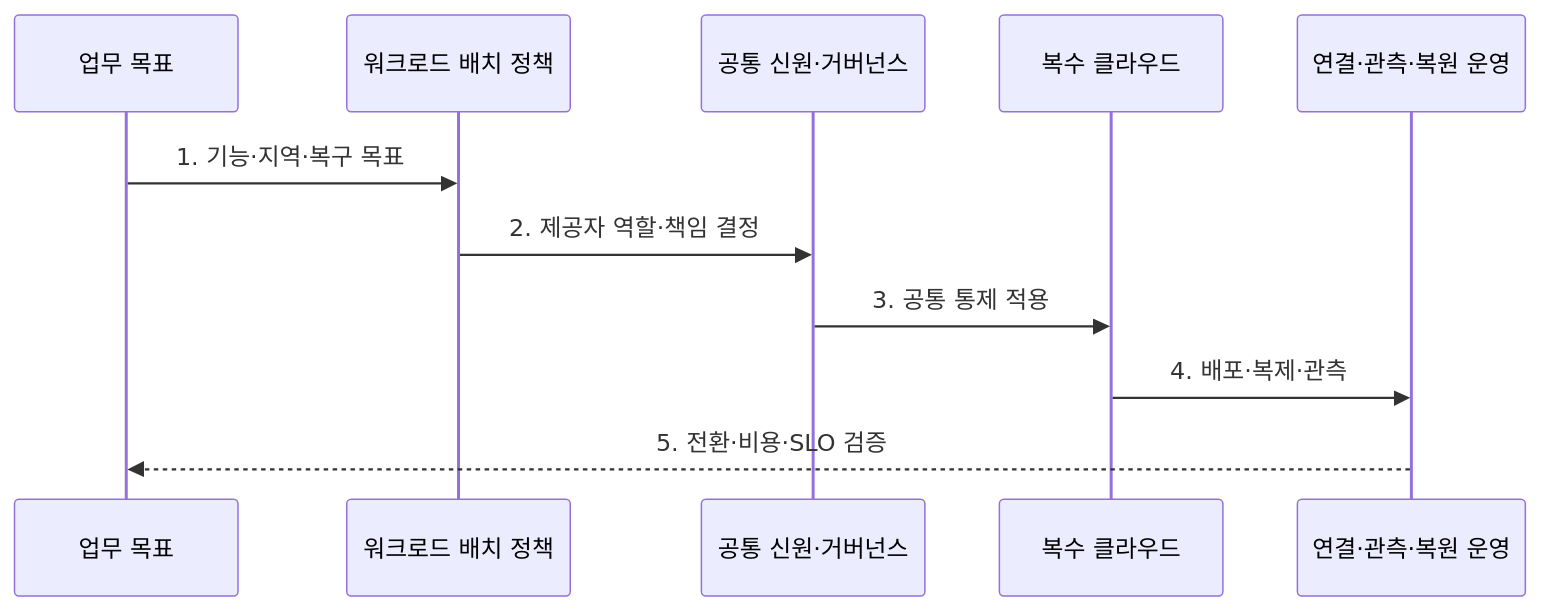
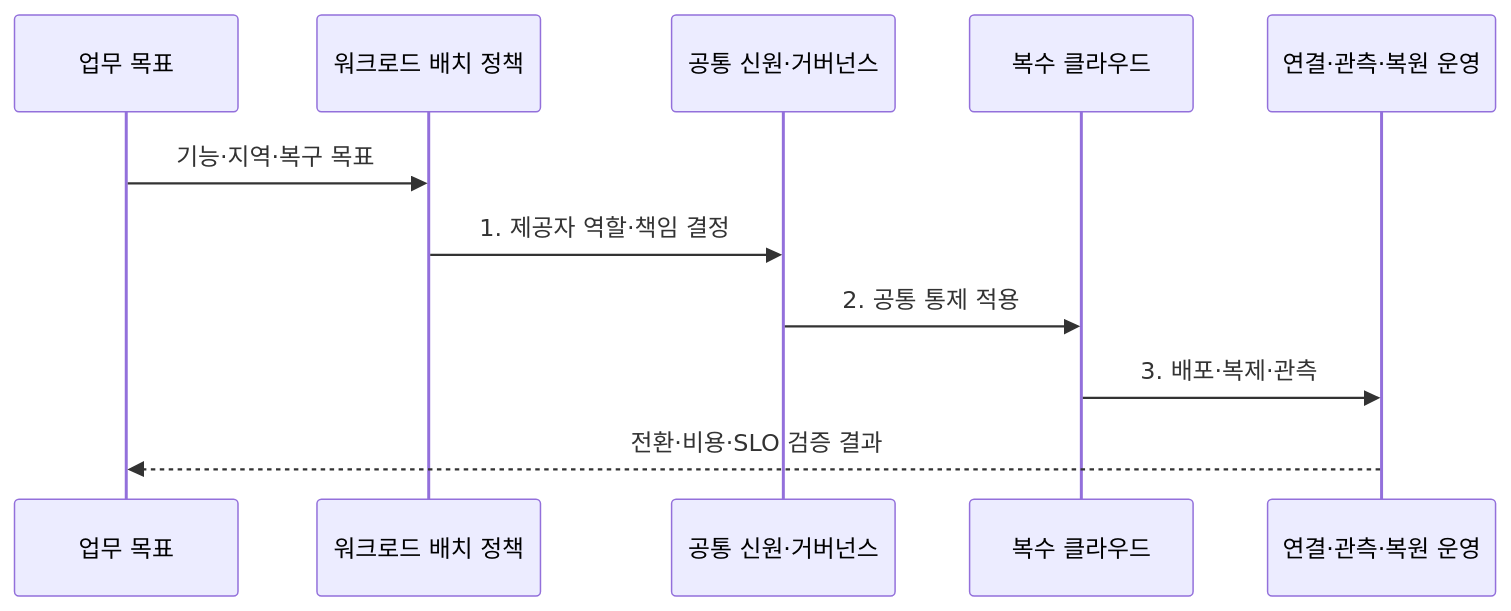
One commit to agnusdei1207/knowledge-base changed the second of 2 diagrams in src/content/docs/notes/08-latest-tech/180_multi_cloud.md. Above: the diagram before and after it, drawn with Mermaid. The commit also changed other lines of this file and 225 other files, not shown here.

````diff
--- a/src/content/docs/notes/08-latest-tech/180_multi_cloud.md
+++ b/src/content/docs/notes/08-latest-tech/180_multi_cloud.md
@@ -73,13 +73,13 @@
 ```mermaid
 sequenceDiagram
   participant B as 업무 목표
   participant P as 워크로드 배치 정책
   participant G as 공통 신원·거버넌스
   participant C as 복수 클라우드
   participant O as 연결·관측·복원 운영
-  B->>P: 1. 기능·지역·복구 목표
-  P->>G: 2. 제공자 역할·책임 결정
-  G->>C: 3. 공통 통제 적용
-  C->>O: 4. 배포·복제·관측
-  O-->>B: 5. 전환·비용·SLO 검증
+  B->>P: 기능·지역·복구 목표
+  P->>G: 1. 제공자 역할·책임 결정
+  G->>C: 2. 공통 통제 적용
+  C->>O: 3. 배포·복제·관측
+  O-->>B: 전환·비용·SLO 검증 결과
 ```
````
